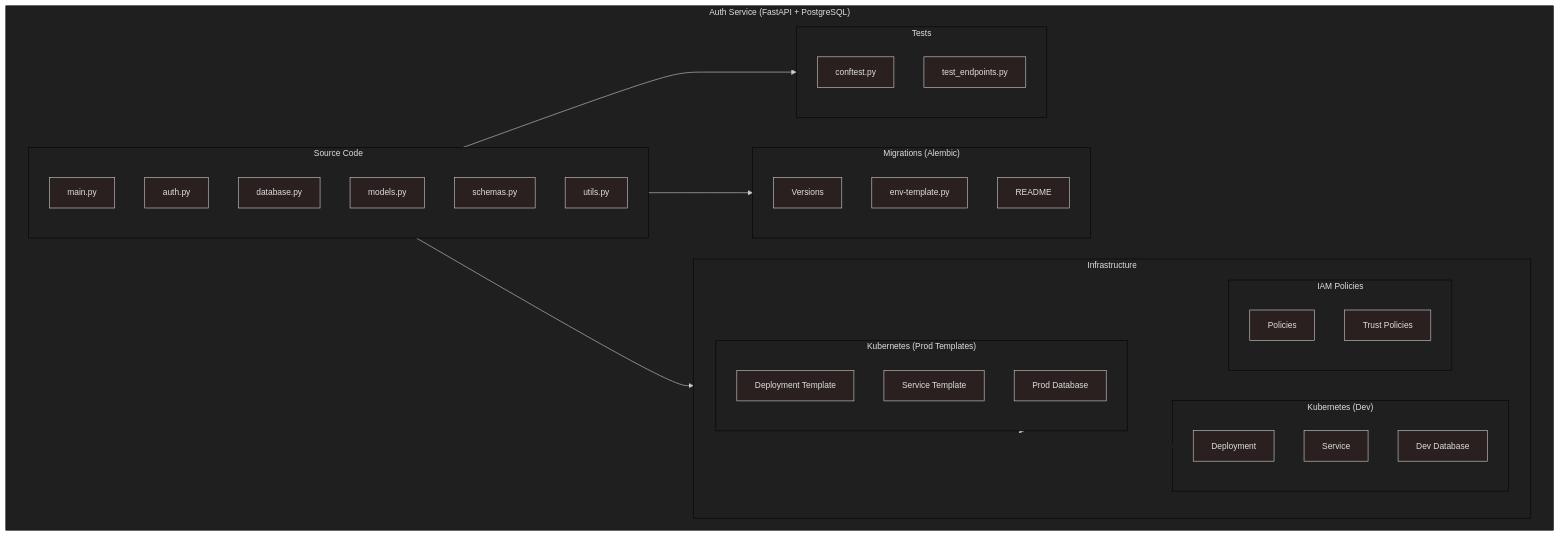
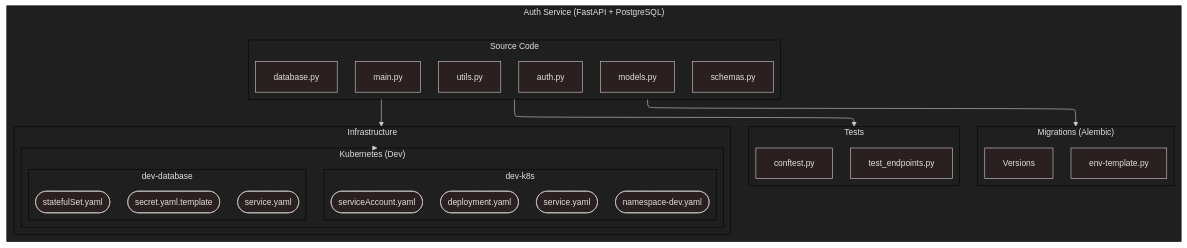
One commit to MetalCloud1/LeakGuard changed the diagram in docs/diagrams/diagrams-mmd-code/auth-service-structure.mmd. Above: the diagram before and after it, drawn with Mermaid. The commit also changed 29 other files, not shown here.

```diff
--- a/docs/diagrams/diagrams-mmd-code/auth-service-structure.mmd
+++ b/docs/diagrams/diagrams-mmd-code/auth-service-structure.mmd
@@ -1,50 +1,48 @@
 ---
 config:
   theme: neo-dark
-  layout: dagre
+  layout: elk
 ---
 flowchart TD
  subgraph Alembic["Migrations (Alembic)"]
         versions["Versions"]
         env_template["env-template.py"]
-        readme_alembic["README"]
   end
- subgraph IAM["IAM Policies"]
-        policies["Policies"]
-        trust["Trust Policies"]
+ subgraph k8s_dev["dev-k8s"]
+        deploy(["deployment.yaml"])
+        service(["service.yaml"])
+        serviceAcc(["serviceAccount.yaml"])
+        namespace(["namespace-dev.yaml"])
+  end
+ subgraph db_dev["dev-database"]
+        secret(["secret.yaml.template"])
+        servicedb(["service.yaml"])
+        statefulSet(["statefulSet.yaml"])
   end
  subgraph K8sDev["Kubernetes (Dev)"]
-        deploy_dev["Deployment"]
-        svc_dev["Service"]
-        db_dev["Dev Database"]
-  end
- subgraph K8sProd["Kubernetes (Prod Templates)"]
-        deploy_prod["Deployment Template"]
-        svc_prod["Service Template"]
-        db_prod["Prod Database"]
+        k8s_dev
+        db_dev
   end
  subgraph Infra["Infrastructure"]
-        IAM
         K8sDev
-        K8sProd
   end
  subgraph Source["Source Code"]
         main["main.py"]
         auth["auth.py"]
         db["database.py"]
         models["models.py"]
         schemas["schemas.py"]
         utils["utils.py"]
   end
  subgraph Tests["Tests"]
         conftest["conftest.py"]
         endpoints["test_endpoints.py"]
   end
  subgraph AuthService["Auth Service (FastAPI + PostgreSQL)"]
         Alembic
         Infra
         Source
         Tests
   end
     Source --> Alembic & Infra & Tests
-    Infra --> IAM & K8sDev & K8sProd
+    Infra --> K8sDev
```
